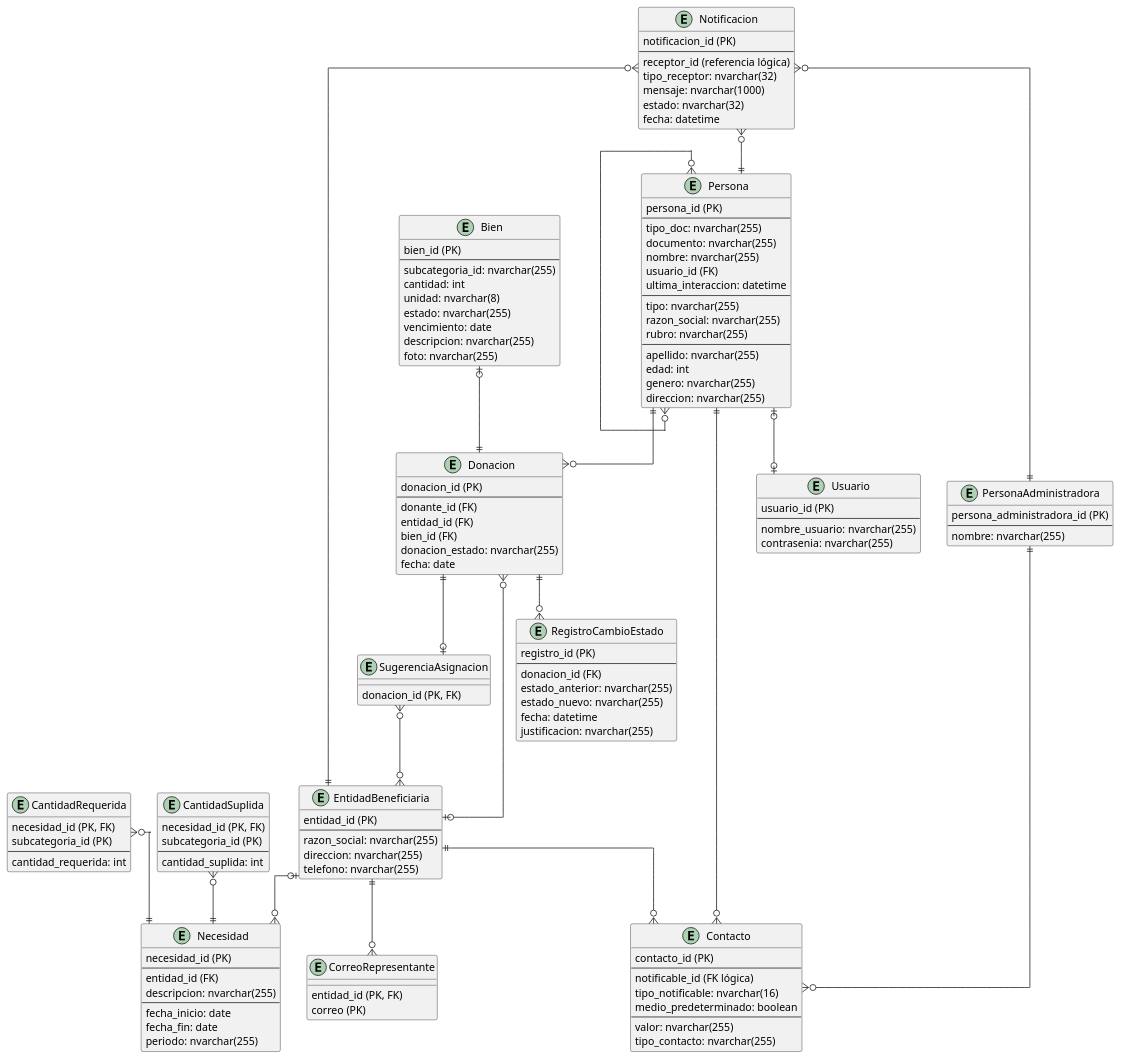
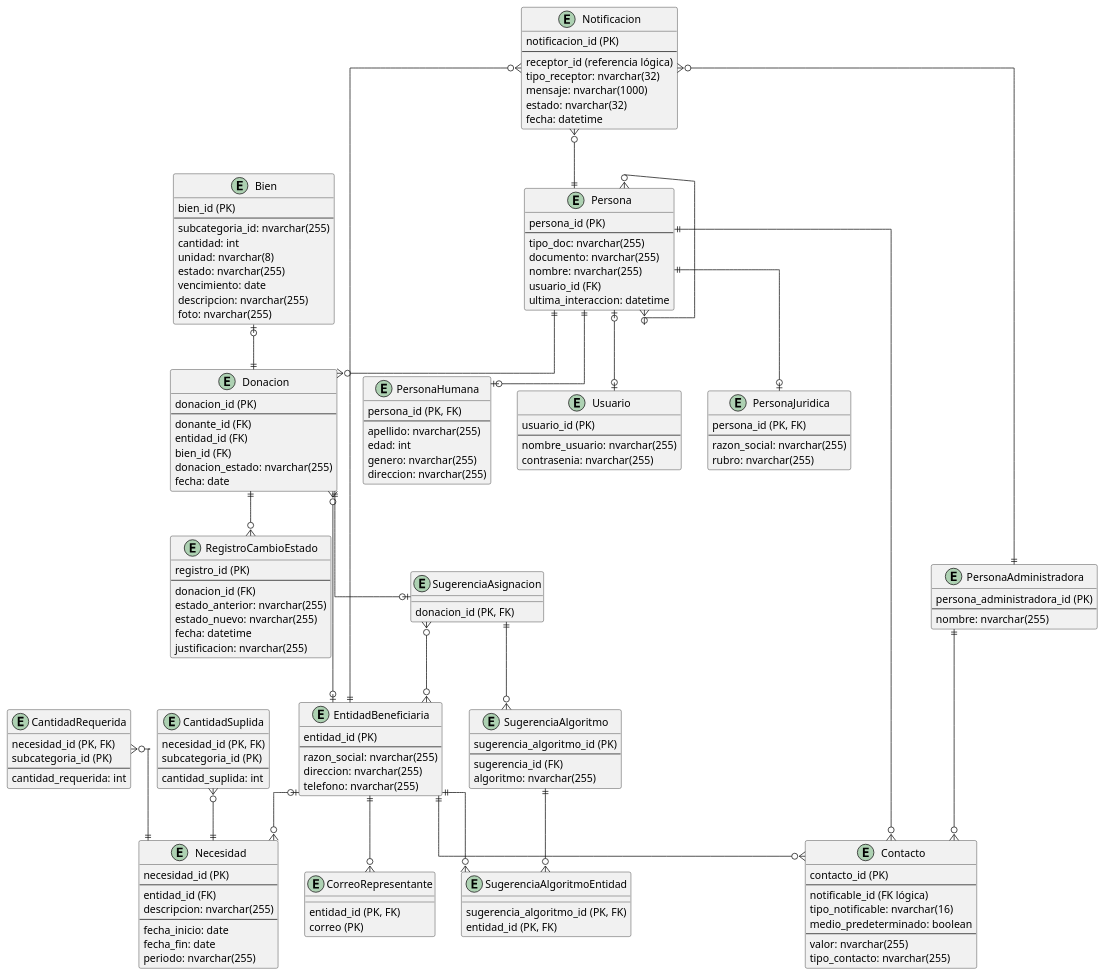
One commit to santiparis/dona-track changed the diagram in documentacion/entrega3/DER_donaciones.puml. Above: the diagram before and after it, drawn with PlantUML. The commit also changed 22 other files, not shown here.

```diff
--- a/documentacion/entrega3/DER_donaciones.puml
+++ b/documentacion/entrega3/DER_donaciones.puml
@@ -1,154 +1,178 @@
 @startuml
 skinparam linetype ortho
 
 entity Bien {
     bien_id (PK)
     ---
     subcategoria_id: nvarchar(255)
     cantidad: int
     unidad: nvarchar(8)
     estado: nvarchar(255)
     vencimiento: date
     descripcion: nvarchar(255)
     foto: nvarchar(255)
 }
 
 entity Necesidad {
     necesidad_id (PK)
     ---
     entidad_id (FK)
     descripcion: nvarchar(255)
     ---
     fecha_inicio: date
     fecha_fin: date
     periodo: nvarchar(255)
 }
 
 entity CantidadRequerida {
     necesidad_id (PK, FK)
     subcategoria_id (PK)
     ---
     cantidad_requerida: int
 }
 
 entity CantidadSuplida {
     necesidad_id (PK, FK)
     subcategoria_id (PK)
     ---
     cantidad_suplida: int
 }
 
 entity EntidadBeneficiaria {
     entidad_id (PK)
     ---
     razon_social: nvarchar(255)
     direccion: nvarchar(255)
     telefono: nvarchar(255)
 }
 
 entity Contacto {
     contacto_id (PK)
     ---
     notificable_id (FK lógica)
     tipo_notificable: nvarchar(16)
     medio_predeterminado: boolean
     ---
     valor: nvarchar(255)
     tipo_contacto: nvarchar(255)
 }
 
 entity Notificacion {
     notificacion_id (PK)
     ---
     receptor_id (referencia lógica)
     tipo_receptor: nvarchar(32)
     mensaje: nvarchar(1000)
     estado: nvarchar(32)
     fecha: datetime
 }
 
 entity Donacion {
     donacion_id (PK)
     ---
     donante_id (FK)
     entidad_id (FK)
     bien_id (FK)
     donacion_estado: nvarchar(255)
     fecha: date
 }
 
 entity RegistroCambioEstado {
     registro_id (PK)
     ---
     donacion_id (FK)
     estado_anterior: nvarchar(255)
     estado_nuevo: nvarchar(255)
     fecha: datetime
     justificacion: nvarchar(255)
 }
 
 entity Persona {
     persona_id (PK)
     ---
     tipo_doc: nvarchar(255)
     documento: nvarchar(255)
     nombre: nvarchar(255)
     usuario_id (FK)
     ultima_interaccion: datetime
+}
+
+entity PersonaJuridica {
+    persona_id (PK, FK)
     ---
-    tipo: nvarchar(255)
     razon_social: nvarchar(255)
     rubro: nvarchar(255)
+}
+
+entity PersonaHumana {
+    persona_id (PK, FK)
     ---
     apellido: nvarchar(255)
     edad: int
     genero: nvarchar(255)
     direccion: nvarchar(255)
 }
 
 entity PersonaAdministradora {
     persona_administradora_id (PK)
     ---
     nombre: nvarchar(255)
 }
 
 entity Usuario {
     usuario_id (PK)
     ---
     nombre_usuario: nvarchar(255)
     contrasenia: nvarchar(255)
 }
 
 entity CorreoRepresentante {
     entidad_id (PK, FK)
     correo (PK)
 }
 
 entity SugerenciaAsignacion {
     donacion_id (PK, FK)
 }
 
+entity SugerenciaAlgoritmo {
+    sugerencia_algoritmo_id (PK)
+    ---
+    sugerencia_id (FK)
+    algoritmo: nvarchar(255)
+}
+
+entity SugerenciaAlgoritmoEntidad {
+    sugerencia_algoritmo_id (PK, FK)
+    entidad_id (PK, FK)
+}
+
 Persona ||--o{ Contacto
 EntidadBeneficiaria ||--o{ Contacto
 PersonaAdministradora ||--o{ Contacto
 Persona |o--o| Usuario
 Notificacion }o--|| Persona
 Notificacion }o--|| EntidadBeneficiaria
 Notificacion }o--|| PersonaAdministradora
 
 Bien |o--|| Donacion
 
 CantidadRequerida }o--|| Necesidad
 
 CantidadSuplida }o--|| Necesidad
 
 EntidadBeneficiaria |o--o{ Necesidad
 EntidadBeneficiaria |o--o{ Donacion
 EntidadBeneficiaria ||--o{ CorreoRepresentante
 Persona ||--o{ Donacion
 
 Donacion ||--o{ RegistroCambioEstado
 Persona }o--o{ Persona
 Donacion ||--o| SugerenciaAsignacion
-SugerenciaAsignacion }o--o{ EntidadBeneficiaria
+SugerenciaAsignacion ||--o{ SugerenciaAlgoritmo
+SugerenciaAlgoritmo ||--o{ SugerenciaAlgoritmoEntidad
+EntidadBeneficiaria ||--o{ SugerenciaAlgoritmoEntidad
+SugerenciaAsignacion }o--o{ EntidadBeneficiaria 
+Persona ||--o| PersonaHumana
+Persona ||--o| PersonaJuridica
 @enduml
```
